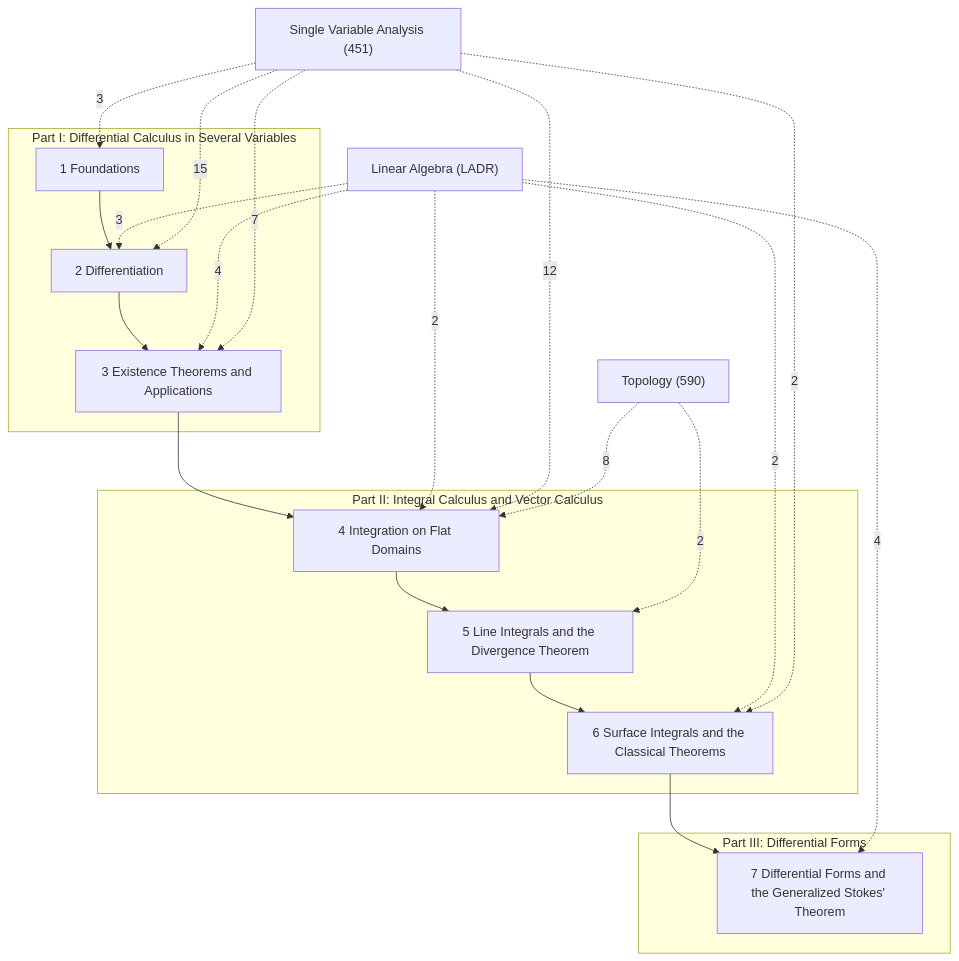
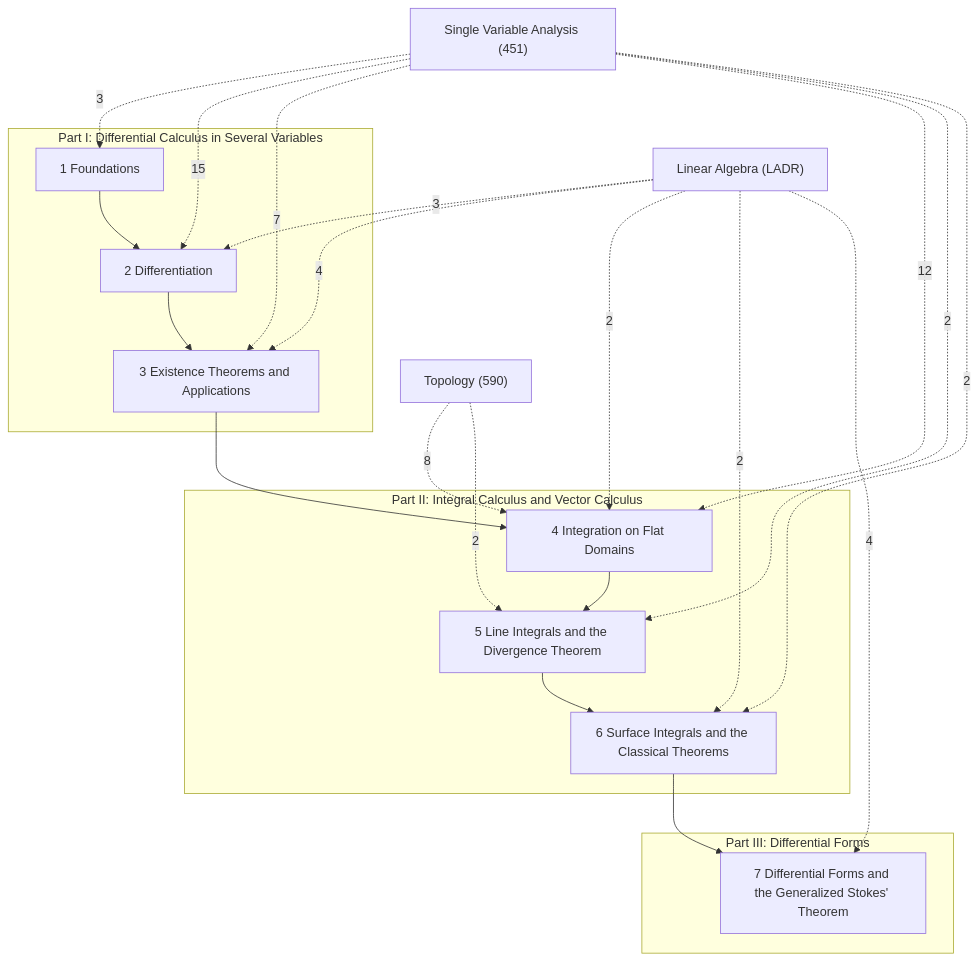
Before and after one commit to Onion20040508/notes: the diagram in Math/Multivariable Analysis/Multivariable Analysis.md, drawn with Mermaid. The commit also changed 98 other files, not shown here.

````diff
--- a/Math/Multivariable Analysis/Multivariable Analysis.md
+++ b/Math/Multivariable Analysis/Multivariable Analysis.md
@@ -21,37 +21,38 @@
 ```mermaid
 graph TD
   subgraph P1["Part I: Differential Calculus in Several Variables"]
     C1["1 Foundations"]
     C2["2 Differentiation"]
     C3["3 Existence Theorems and Applications"]
   end
   subgraph P2["Part II: Integral Calculus and Vector Calculus"]
     C4["4 Integration on Flat Domains"]
     C5["5 Line Integrals and the Divergence Theorem"]
     C6["6 Surface Integrals and the Classical Theorems"]
   end
   subgraph P3["Part III: Differential Forms"]
     C7["7 Differential Forms and the Generalized Stokes' Theorem"]
   end
   X1["Single Variable Analysis (451)"]
   X2["Linear Algebra (LADR)"]
   X3["Topology (590)"]
   C1 --> C2
   C2 --> C3
   C3 --> C4
   C4 --> C5
   C5 --> C6
   C6 --> C7
   X2 -.->|3| C2
   X2 -.->|4| C3
   X2 -.->|2| C4
   X2 -.->|2| C6
   X2 -.->|4| C7
   X1 -.->|3| C1
   X1 -.->|15| C2
   X1 -.->|7| C3
   X1 -.->|12| C4
+  X1 -.->|2| C5
   X1 -.->|2| C6
   X3 -.->|8| C4
   X3 -.->|2| C5
 ```
````
